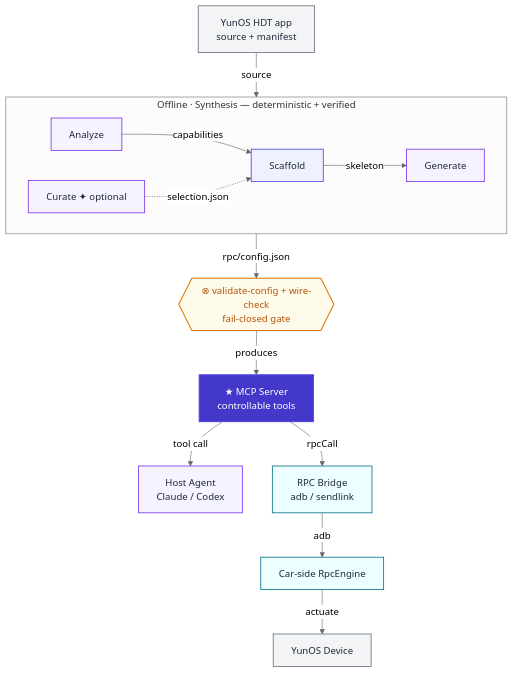
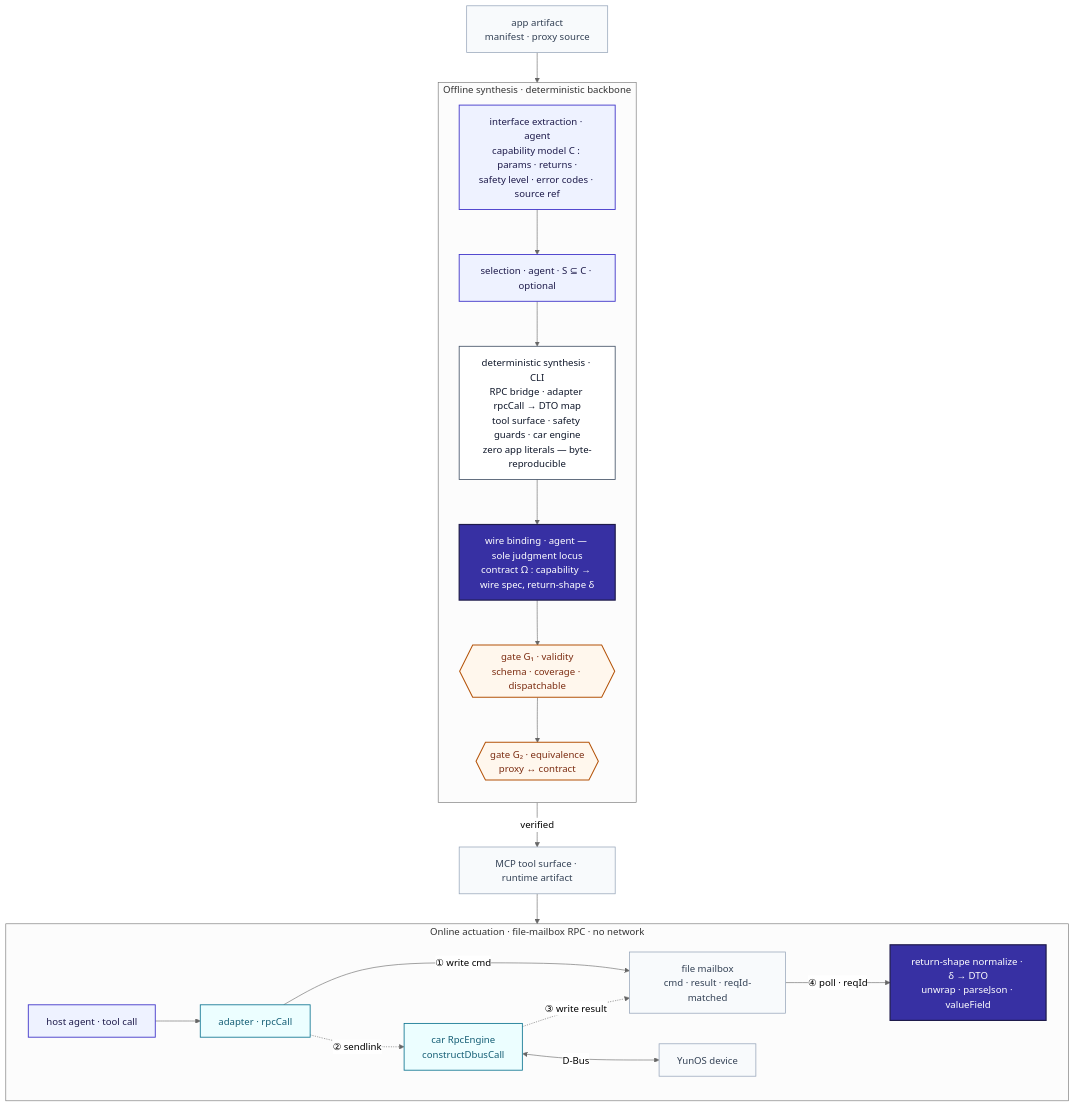
One commit to MatCaviar/BRIDGE changed the diagram in README.md. Above: the diagram before and after it, drawn with Mermaid (neutral theme). The commit also changed other lines of this file, not shown here.

Commit message:
docs(readme): academic architecture figure — offline synthesis + online actuation, conceptual (no filenames), agent terminology, key designs highlighted

````diff
--- a/README.md
+++ b/README.md
@@ -25,29 +25,43 @@
 ```mermaid
 flowchart TD
-  classDef skill fill:#f5f3ff,stroke:#7c3aed,stroke-width:1.4px,color:#1f2937
-  classDef det fill:#eef2ff,stroke:#4f46e5,stroke-width:1.4px,color:#1f2937
-  classDef gate fill:#fffbeb,stroke:#d97706,stroke-width:1.7px,color:#b45309
-  classDef rt fill:#ecfeff,stroke:#0e7490,stroke-width:1.4px,color:#1f2937
-  classDef art fill:#f3f4f6,stroke:#6b7280,stroke-width:1.4px,color:#1f2937
-  classDef hub fill:#4338ca,stroke:#4f46e5,stroke-width:1.8px,color:#ffffff
+    classDef agent fill:#eef2ff,stroke:#4338ca,stroke-width:1.5px,color:#1e1b4b
+    classDef det fill:#ffffff,stroke:#475569,stroke-width:1.4px,color:#0f172a
+    classDef gate fill:#fff7ed,stroke:#b45309,stroke-width:1.7px,color:#7c2d12
+    classDef rt fill:#ecfeff,stroke:#0e7490,stroke-width:1.4px,color:#155e75
+    classDef art fill:#f8fafc,stroke:#94a3b8,stroke-width:1.2px,color:#334155
+    classDef key fill:#3730a3,stroke:#1e1b4b,stroke-width:2px,color:#ffffff
 
-  APP["YunOS HDT app<br/>source + manifest"]:::art
-  subgraph OFF ["Offline · Synthesis — deterministic + verified"]
-    direction LR
-    AN["Analyze"]:::skill
-    CU["Curate ✦ optional"]:::skill
-    SC["Scaffold"]:::det
-    GN["Generate"]:::skill
-    AN -->|capabilities| SC
-    CU -.->|selection.json| SC
-    SC -->|skeleton| GN
-  end
-  APP -->|source| AN
-  GK{{"⊗ validate-config + wire-check<br/>fail-closed gate"}}:::gate
-  GN -->|rpc/config.json| GK
-  GK -->|produces| MCP["★ MCP Server<br/>controllable tools"]:::hub
-  MCP -->|tool call| HA["Host Agent<br/>Claude / Codex"]:::skill
-  MCP -->|rpcCall| BR["RPC Bridge<br/>adb / sendlink"]:::rt
-  BR -->|adb| CE["Car-side RpcEngine"]:::rt
-  CE -->|actuate| DEV["YunOS Device"]:::art
+    SRC["app artifact<br/>manifest · proxy source"]:::art
+
+    subgraph OFF ["Offline synthesis · deterministic backbone"]
+      direction TB
+      EXT["interface extraction · agent<br/>capability model C : params · returns ·<br/>safety level · error codes · source ref"]:::agent
+      SEL["selection · agent · S ⊆ C · optional"]:::agent
+      SYN["deterministic synthesis · CLI<br/>RPC bridge · adapter rpcCall → DTO map<br/>tool surface · safety guards · car engine<br/>zero app literals — byte-reproducible"]:::det
+      BIND["wire binding · agent — sole judgment locus<br/>contract Ω : capability → wire spec, return-shape δ"]:::key
+      G1{{"gate G₁ · validity<br/>schema · coverage · dispatchable"}}:::gate
+      G2{{"gate G₂ · equivalence<br/>proxy ↔ contract"}}:::gate
+      EXT --> SEL --> SYN --> BIND --> G1 --> G2
+    end
+
+    SRC --> EXT
+    G2 -->|"verified"| TS["MCP tool surface · runtime artifact"]:::art
+
+    subgraph ON ["Online actuation · file-mailbox RPC · no network"]
+      direction LR
+      CALL["host agent · tool call"]:::agent
+      ADP["adapter · rpcCall"]:::rt
+      MAIL["file mailbox<br/>cmd · result · reqId-matched"]:::art
+      ENG["car RpcEngine<br/>constructDbusCall"]:::rt
+      DEV["YunOS device"]:::art
+      NORM["return-shape normalize · δ → DTO<br/>unwrap · parseJson · valueField"]:::key
+      CALL --> ADP
+      ADP -->|"① write cmd"| MAIL
+      ADP -.->|"② sendlink"| ENG
+      ENG <-->|"D-Bus"| DEV
+      ENG -.->|"③ write result"| MAIL
+      MAIL -->|"④ poll · reqId"| NORM
+    end
+
+    TS --> CALL
 ```
````
